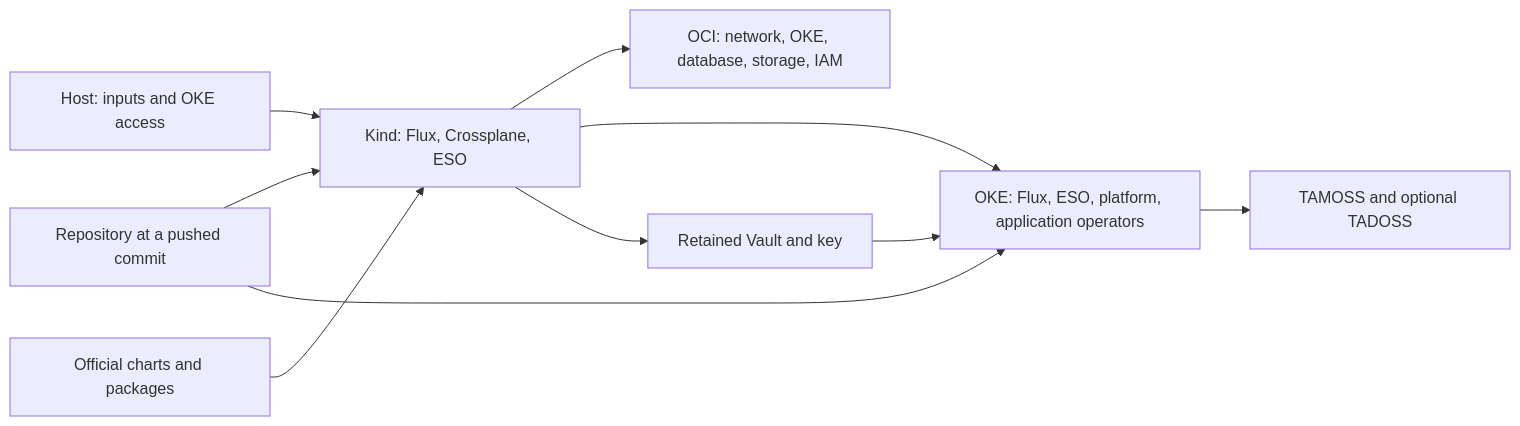
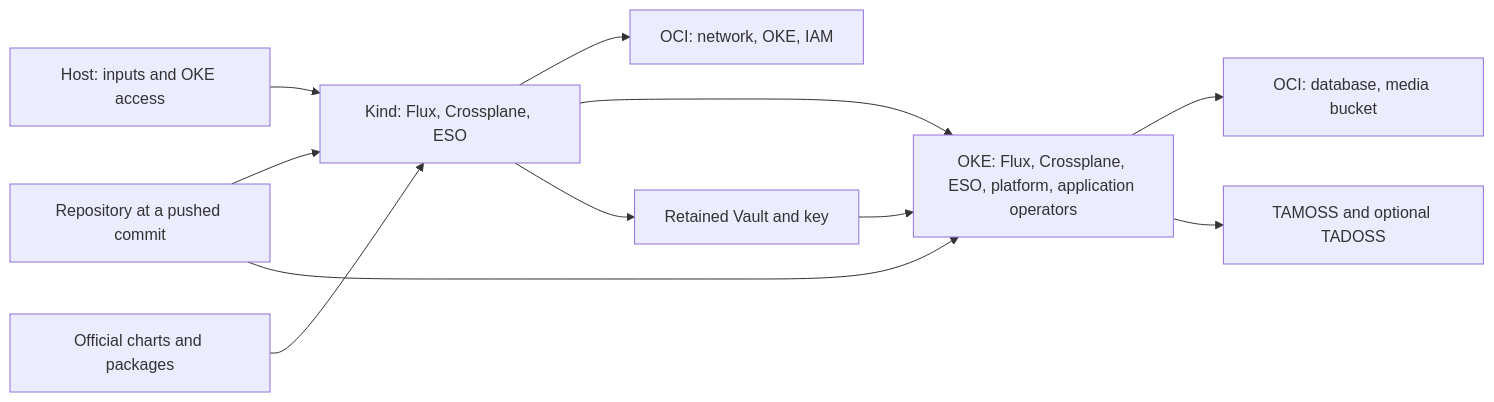
Before and after one commit to livewyer-ops/tamoss-cp-oci: the diagram in docs/architecture.md, drawn with Mermaid. The commit also changed other lines of this file and 58 other files, not shown here.

First line of the commit message:
feat!: reconcile the database and bucket from inside OKE

````diff
--- a/docs/architecture.md
+++ b/docs/architecture.md
@@ -12,12 +13,13 @@
 ```mermaid
 flowchart LR
     Host[Host: inputs and OKE access] --> Kind[Kind: Flux, Crossplane, ESO]
     Git[Repository at a pushed commit] --> Kind
     Upstream[Official charts and packages] --> Kind
-    Kind --> OCI[OCI: network, OKE, database, storage, IAM]
-    Kind --> OKE[OKE: Flux, ESO, platform, application operators]
+    Kind --> OCI[OCI: network, OKE, IAM]
+    Kind --> OKE[OKE: Flux, Crossplane, ESO, platform, application operators]
+    OKE --> Services[OCI: database, media bucket]
     Git --> OKE
     Kind --> Vault[Retained Vault and key]
     Vault --> OKE
     OKE --> App[TAMOSS and optional TADOSS]
 ```
````
